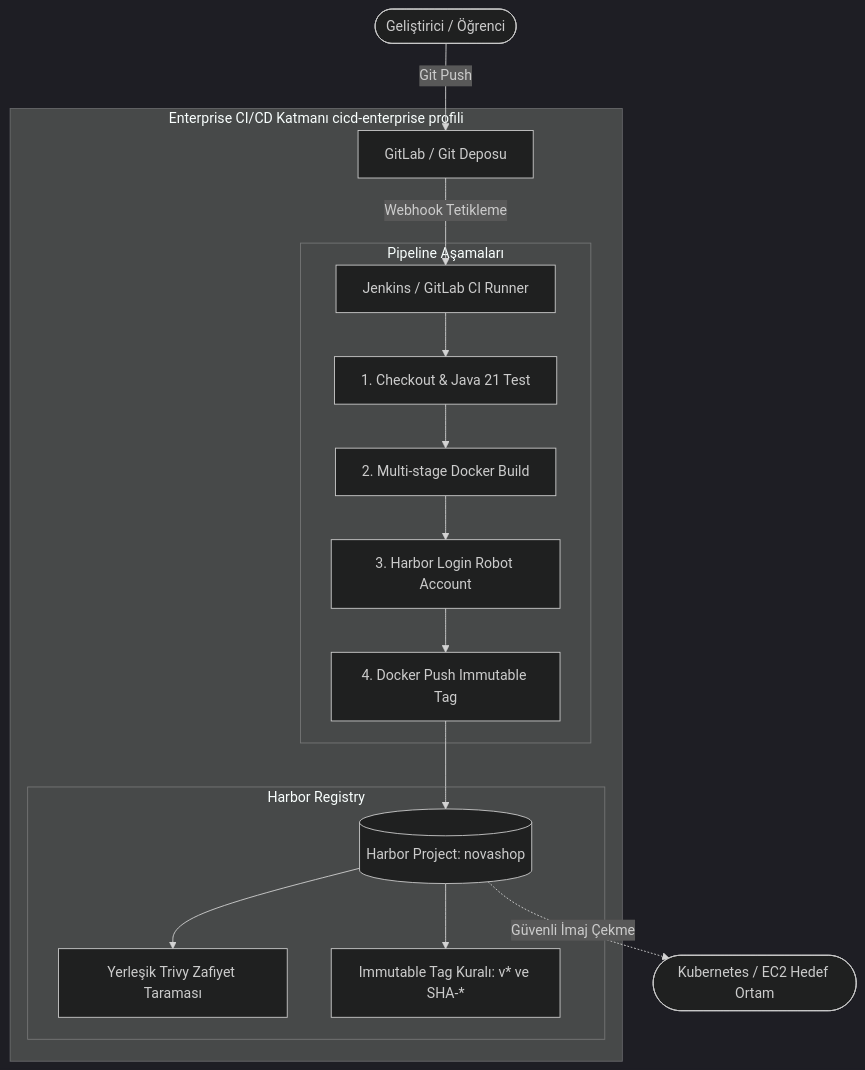
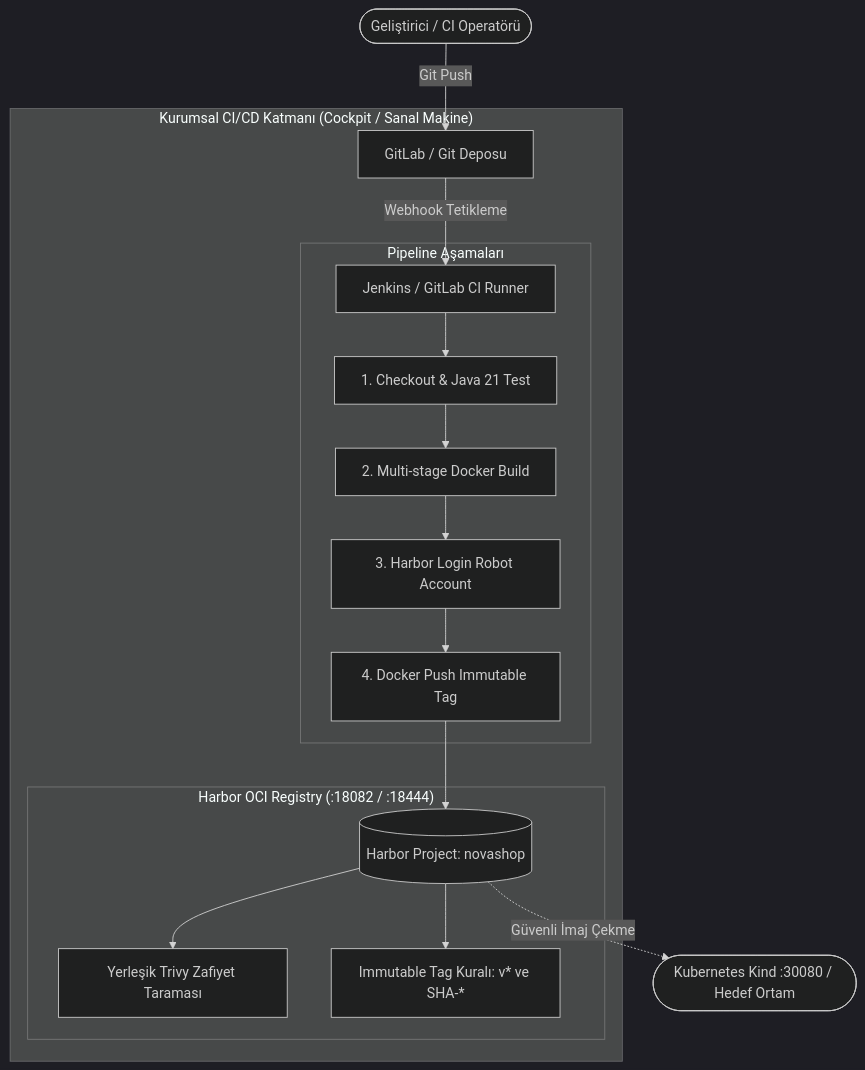
One commit to devopsatolyesi-labs/novashop changed the diagram in labs/LAB-07/README.md. Above: the diagram before and after it, drawn with Mermaid (dark theme). The commit also changed other lines of this file and 13 other files, not shown here.

Commit message:
feat(cicd,security): adapt LAB-07 and LAB-08 for Cockpit, dynamic student DNS, and remove role terminology

````diff
--- a/labs/LAB-07/README.md
+++ b/labs/LAB-07/README.md
@@ -37,23 +52,23 @@
 ```mermaid
 graph TD
-    Developer([Geliştirici / Öğrenci]) -->|Git Push| Repo[GitLab / Git Deposu]
+    Developer([Geliştirici / CI Operatörü]) -->|Git Push| Repo[GitLab / Git Deposu]
     
-    subgraph Enterprise CI/CD Katmanı cicd-enterprise profili
+    subgraph Enterprise_CI_CD_Katmani ["Kurumsal CI/CD Katmanı (Cockpit / Sanal Makine)"]
         Repo -->|Webhook Tetikleme| CI[Jenkins / GitLab CI Runner]
         
-        subgraph Pipeline Aşamaları
+        subgraph Pipeline_Asamalari ["Pipeline Aşamaları"]
             CI --> Step1[1. Checkout & Java 21 Test]
             Step1 --> Step2[2. Multi-stage Docker Build]
             Step2 --> Step3[3. Harbor Login Robot Account]
             Step3 --> Step4[4. Docker Push Immutable Tag]
         end
 
-        subgraph Harbor Registry
+        subgraph Harbor_Registry ["Harbor OCI Registry (:18082 / :18444)"]
             Step4 --> HarborRepo[(Harbor Project: novashop)]
             HarborRepo --> Trivy[Yerleşik Trivy Zafiyet Taraması]
             HarborRepo --> Policy[Immutable Tag Kuralı: v* ve SHA-*]
         end
     end
 
-    HarborRepo -.->|Güvenli İmaj Çekme| TargetEnv([Kubernetes / EC2 Hedef Ortam])
+    HarborRepo -.->|Güvenli İmaj Çekme| TargetEnv([Kubernetes Kind :30080 / Hedef Ortam])
 ```
````
